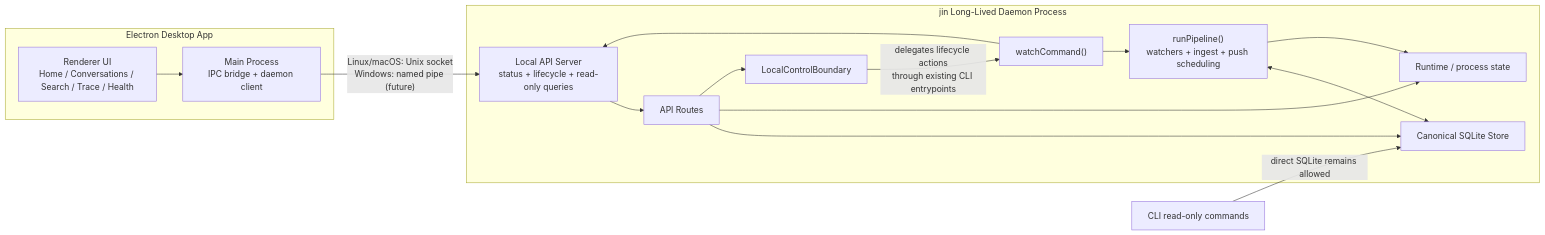
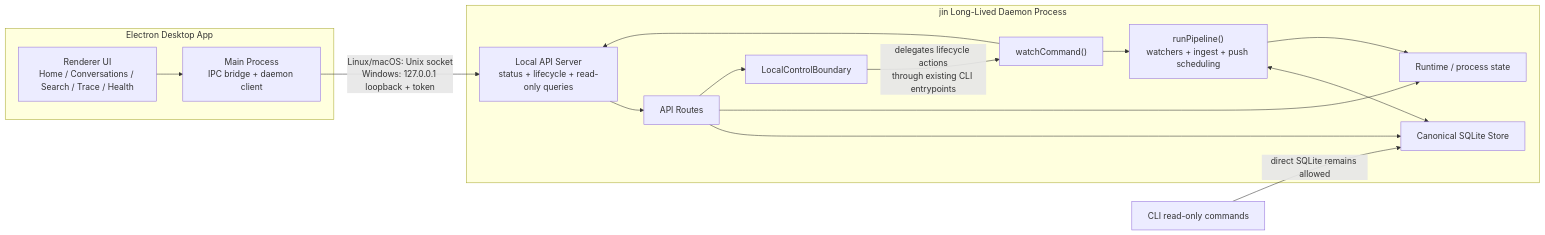
The first of 2 diagrams in docs/desktop-daemon-architecture.md (mendeleden/jin), drawn with Mermaid before and after one commit. The commit also changed other lines of this file and 12 other files, not shown here.

Commit message:
Add Windows Desktop loopback auth hardening

````diff
--- a/docs/desktop-daemon-architecture.md
+++ b/docs/desktop-daemon-architecture.md
@@ -22,41 +22,41 @@
 ```mermaid
 flowchart LR
   subgraph Desktop["Electron Desktop App"]
     Renderer["Renderer UI
 Home / Conversations / Search / Trace / Health"]
     Main["Main Process
 IPC bridge + daemon client"]
     Renderer --> Main
   end
 
   subgraph Daemon["jin Long-Lived Daemon Process"]
     Watch["watchCommand()"]
     Pipeline["runPipeline()
 watchers + ingest + push scheduling"]
     Api["Local API Server
 status + lifecycle + read-only queries"]
     Routes["API Routes"]
     Control["LocalControlBoundary"]
     Store["Canonical SQLite Store"]
     Runtime["Runtime / process state"]
   end
 
   Main -->|"Linux/macOS: Unix socket
-Windows: named pipe (future)"| Api
+Windows: 127.0.0.1 loopback + token"| Api
 
   Watch --> Pipeline
   Watch --> Api
 
   Api --> Routes
   Routes --> Store
   Routes --> Runtime
   Routes --> Control
 
   Pipeline <--> Store
   Pipeline --> Runtime
 
   Control -->|"delegates lifecycle actions
 through existing CLI entrypoints"| Watch
 
   CLIRead["CLI read-only commands"] -->|"direct SQLite remains allowed"| Store
 ```
````
